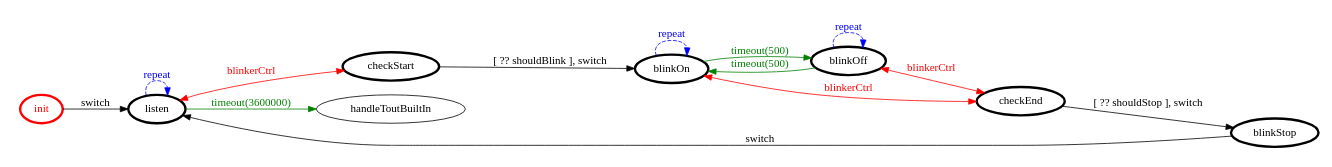
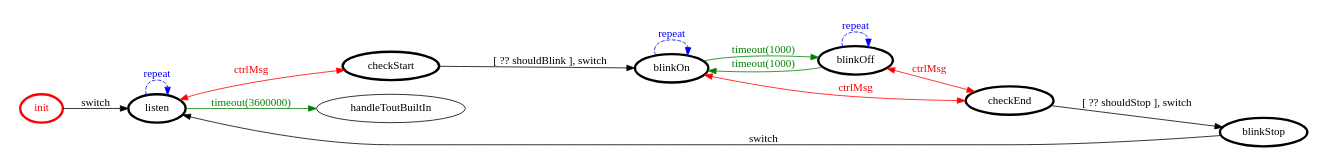
The diagram in it.unibo.finaltask/srcMore/it/unibo/blinker/blinker.gv (piscoTech/uniboIss2018), drawn with Graphviz before and after one commit. The commit also changed 32 other files, not shown here.

```diff
--- a/it.unibo.finaltask/srcMore/it/unibo/blinker/blinker.gv
+++ b/it.unibo.finaltask/srcMore/it/unibo/blinker/blinker.gv
@@ -1,33 +1,33 @@
 /*
 *
 * A GraphViz DOT FSM description 
 * Please use a GraphViz visualizer (like http://www.webgraphviz.com)
 *  
 */
 
 digraph finite_state_machine {
 	rankdir=LR
 	size="8,5"
 	
 	init [ color = red ][ fontcolor = red ][ penwidth = 3 ]
 	blinkOn [ color = black ][ fontcolor = black ][ penwidth = 3 ]
 	blinkOff [ color = black ][ fontcolor = black ][ penwidth = 3 ]
 	checkEnd [ color = black ][ fontcolor = black ][ penwidth = 3 ]
 	checkStart [ color = black ][ fontcolor = black ][ penwidth = 3 ]
 	listen [ color = black ][ fontcolor = black ][ penwidth = 3 ]
 	blinkStop [ color = black ][ fontcolor = black ][ penwidth = 3 ]
 	
 	checkStart -> blinkOn [ label = "[ ?? shouldBlink ], switch" ][ color = black ][ fontcolor = black ]
+	blinkOn -> checkEnd [ label = "ctrlMsg" ][ color = red ][ fontcolor = red ][ dir = both ]
 	checkEnd -> blinkStop [ label = "[ ?? shouldStop ], switch" ][ color = black ][ fontcolor = black ]
-	blinkOff -> blinkOn [ label = "timeout(500)" ][ color = green ][ fontcolor = green ]
+	blinkOff -> blinkOn [ label = "timeout(1000)" ][ color = green ][ fontcolor = green ]
+	listen -> checkStart [ label = "ctrlMsg" ][ color = red ][ fontcolor = red ][ dir = both ]
 	listen -> handleToutBuiltIn [ label = "timeout(3600000)" ][ color = green ][ fontcolor = green ]
-	listen -> checkStart [ label = "blinkerCtrl" ][ color = red ][ fontcolor = red ][ dir = both ]
 	listen -> listen [ label = "repeat "][ style = dashed ][ color = blue ][ fontcolor = blue ]
 	blinkStop -> listen [ label = "switch" ][ color = black ][ fontcolor = black ]
-	blinkOn -> checkEnd [ label = "blinkerCtrl" ][ color = red ][ fontcolor = red ][ dir = both ]
+	blinkOff -> checkEnd [ label = "ctrlMsg" ][ color = red ][ fontcolor = red ][ dir = both ]
 	init -> listen [ label = "switch" ][ color = black ][ fontcolor = black ]
-	blinkOn -> blinkOff [ label = "timeout(500)" ][ color = green ][ fontcolor = green ]
+	blinkOn -> blinkOff [ label = "timeout(1000)" ][ color = green ][ fontcolor = green ]
 	blinkOff -> blinkOff [ label = "repeat "][ style = dashed ][ color = blue ][ fontcolor = blue ]
-	blinkOff -> checkEnd [ label = "blinkerCtrl" ][ color = red ][ fontcolor = red ][ dir = both ]
 	blinkOn -> blinkOn [ label = "repeat "][ style = dashed ][ color = blue ][ fontcolor = blue ]
 }
```
